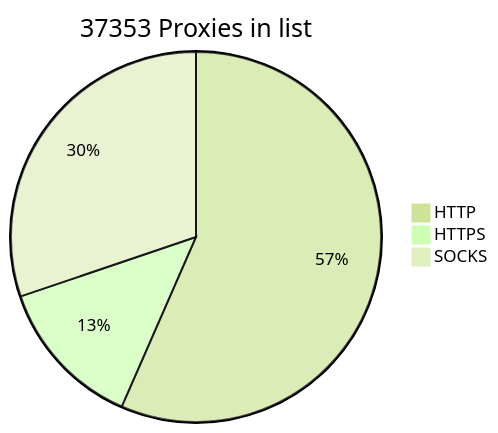
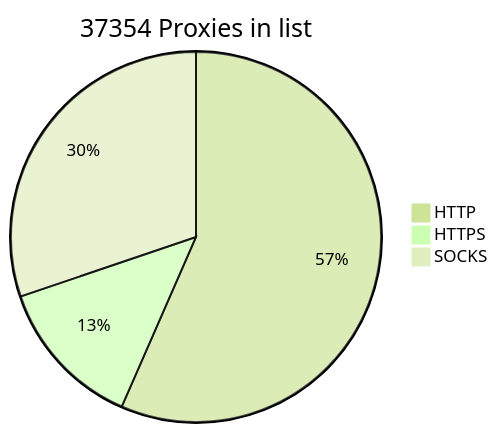
One commit to BlackSnowDot/proxylist-update-every-minute changed the diagram in README.md. Above: the diagram before and after it, drawn with Mermaid (forest theme).

````diff
--- a/README.md
+++ b/README.md
@@ -2,6 +2,6 @@
 ```mermaid
-pie title 37353 Proxies in list
+pie title 37354 Proxies in list
     "HTTP" : 23472
     "HTTPS": 5492
-    "SOCKS" : 12530
+    "SOCKS" : 12531
 ```
````
